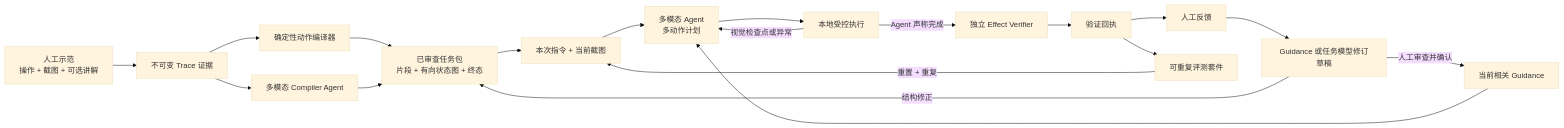
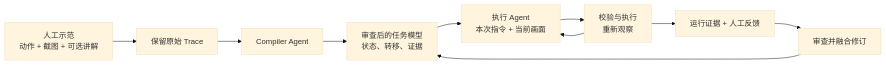
One commit to DAOZHENREN/trace2task changed the diagram in README.zh-CN.md. Above: the diagram before and after it, drawn with Mermaid (base theme). The commit also changed other lines of this file and 89 other files, not shown here.

````diff
--- a/README.zh-CN.md
+++ b/README.zh-CN.md
@@ -54,36 +19,12 @@
-~~~mermaid
+```mermaid
 flowchart LR
-    A[人工示范<br/>操作 + 截图 + 可选讲解]
-    B[不可变 Trace 证据]
-    C[确定性动作编译器]
-    D[多模态 Compiler Agent]
-    E[已审查任务包<br/>片段 + 有向状态图 + 终态]
-    F[本次指令 + 当前截图]
-    G[当前相关 Guidance]
-    H[多模态 Agent<br/>多动作计划]
-    I[本地受控执行]
-    J[独立 Effect Verifier]
-    K[人工反馈]
-    L[Guidance 或任务模型修订草稿]
-    M[验证回执]
-    N[可重复评测套件]
-
-    A --> B
-    B --> C
-    B --> D
-    C --> E
-    D --> E
-    E --> F
-    G --> H
-    F --> H
-    H --> I
-    I -->|视觉检查点或异常| H
-    I -->|Agent 声称完成| J
-    J --> M
-    M --> K
-    N -->|重置 + 重复| F
-    M --> N
-    K --> L
-    L -->|人工审查并确认| G
-    L -->|结构修正| E
-~~~
+    A[人工示范<br/>动作 + 截图 + 可选讲解] --> B[保留原始 Trace]
+    B --> C[Compiler Agent]
+    C --> D[审查后的任务模型<br/>状态、转移、证据]
+    D --> E[执行 Agent<br/>本次指令 + 当前画面]
+    E --> F[校验与执行<br/>重新观察]
+    F --> E
+    F --> G[运行证据 + 人工反馈]
+    G --> H[审查并融合修订]
+    H --> D
+```
````
